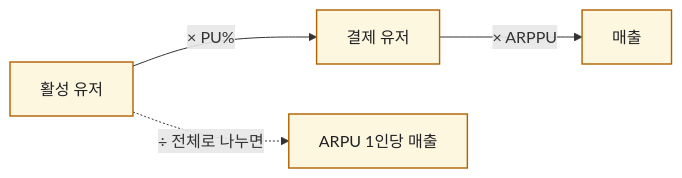
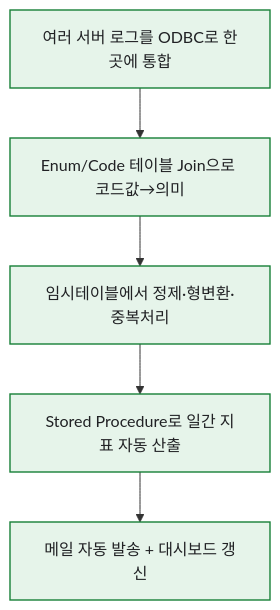
The third of 3 diagrams in content/blog/game-metrics-7-definitions.md (DBhyeong/DBhyeong.github.io), drawn with Mermaid before and after one commit. The commit also changed other lines of this file and 9 other files, not shown here.

````diff
--- a/content/blog/game-metrics-7-definitions.md
+++ b/content/blog/game-metrics-7-definitions.md
@@ -64,8 +103,8 @@
 ```mermaid
-flowchart LR
-  classDef v fill:#fef7e0,stroke:#b06000,stroke-width:1.4px,color:#202124
-  DAU2["활성 유저"] -->|"× PU%"| PU2["결제 유저"]
-  PU2 -->|"× ARPPU"| REV["매출"]
-  DAU2 -.->|"÷ 전체로 나누면"| ARPU["ARPU 1인당 매출"]
-  class DAU2,PU2,REV,ARPU v
+flowchart TB
+  classDef s fill:#e6f4ea,stroke:#188038,stroke-width:1.4px,color:#202124
+  A["여러 서버 로그를 ODBC로 한곳에 통합"]:::s --> B["Enum/Code 테이블 Join으로 코드값→의미"]:::s
+  B --> C["임시테이블에서 정제·형변환·중복처리"]:::s
+  C --> D["Stored Procedure로 일간 지표 자동 산출"]:::s
+  D --> E["메일 자동 발송 + 대시보드 갱신"]:::s
 ```
````
